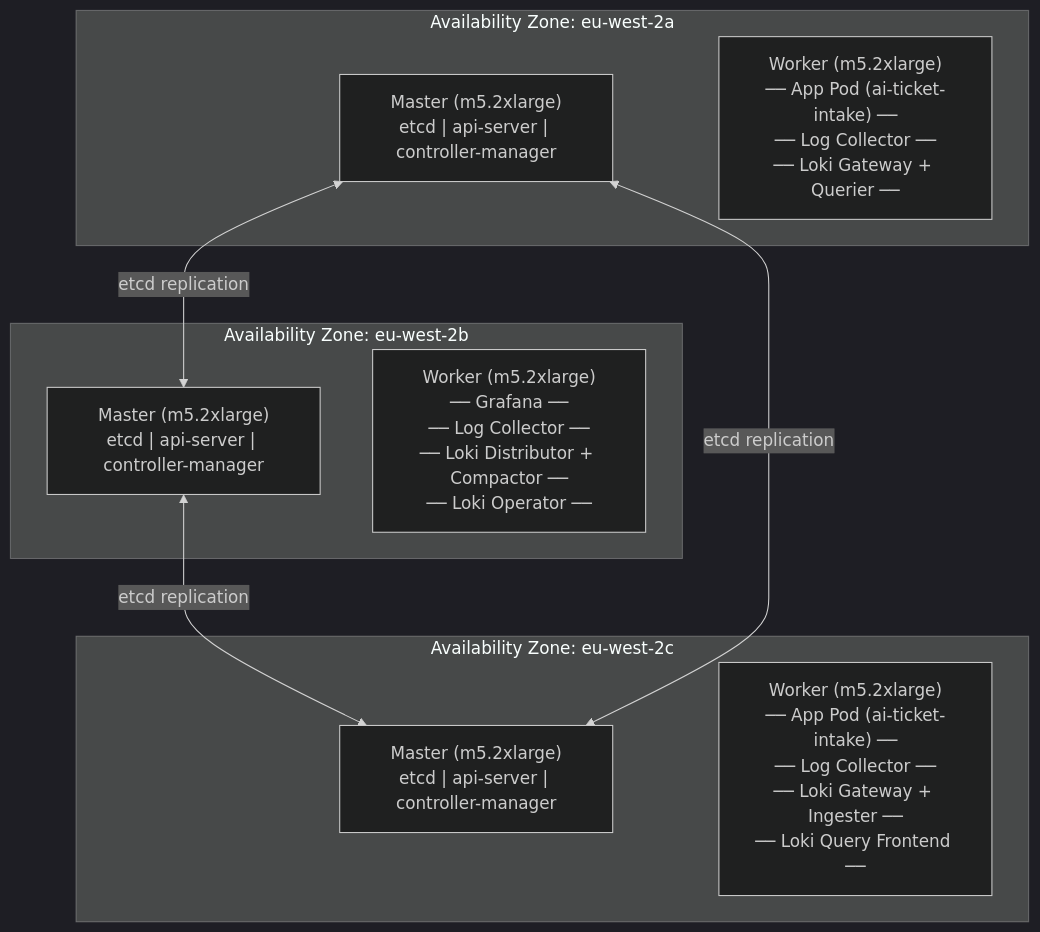
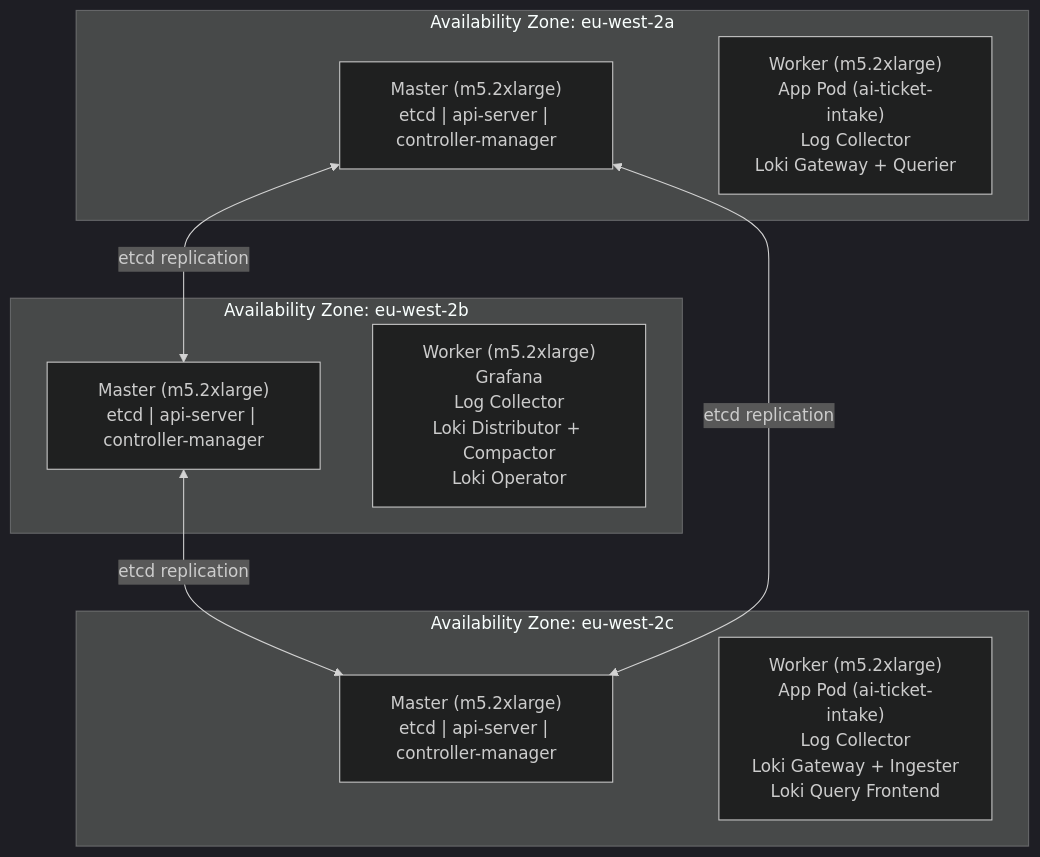
One commit to christinazhang139/ai-ticket-intake changed the fifth of 5 diagrams in docs/architecture.md. Above: the diagram before and after it, drawn with Mermaid (dark theme).

Commit message:
fix: remove decorative dashes from node structure diagram

````diff
--- a/docs/architecture.md
+++ b/docs/architecture.md
@@ -206,21 +206,21 @@
 ```mermaid
 flowchart TB
   subgraph az_a ["Availability Zone: eu-west-2a"]
     M1["Master (m5.2xlarge)<br/>etcd | api-server | controller-manager"]
-    W1["Worker (m5.2xlarge)<br/>── App Pod (ai-ticket-intake) ──<br/>── Log Collector ──<br/>── Loki Gateway + Querier ──"]
+    W1["Worker (m5.2xlarge)<br/>App Pod (ai-ticket-intake)<br/>Log Collector<br/>Loki Gateway + Querier"]
   end
 
   subgraph az_b ["Availability Zone: eu-west-2b"]
     M2["Master (m5.2xlarge)<br/>etcd | api-server | controller-manager"]
-    W2["Worker (m5.2xlarge)<br/>── Grafana ──<br/>── Log Collector ──<br/>── Loki Distributor + Compactor ──<br/>── Loki Operator ──"]
+    W2["Worker (m5.2xlarge)<br/>Grafana<br/>Log Collector<br/>Loki Distributor + Compactor<br/>Loki Operator"]
   end
 
   subgraph az_c ["Availability Zone: eu-west-2c"]
     M3["Master (m5.2xlarge)<br/>etcd | api-server | controller-manager"]
-    W3["Worker (m5.2xlarge)<br/>── App Pod (ai-ticket-intake) ──<br/>── Log Collector ──<br/>── Loki Gateway + Ingester ──<br/>── Loki Query Frontend ──"]
+    W3["Worker (m5.2xlarge)<br/>App Pod (ai-ticket-intake)<br/>Log Collector<br/>Loki Gateway + Ingester<br/>Loki Query Frontend"]
   end
 
   M1 <-->|"etcd replication"| M2
   M2 <-->|"etcd replication"| M3
   M1 <-->|"etcd replication"| M3
 ```
````
